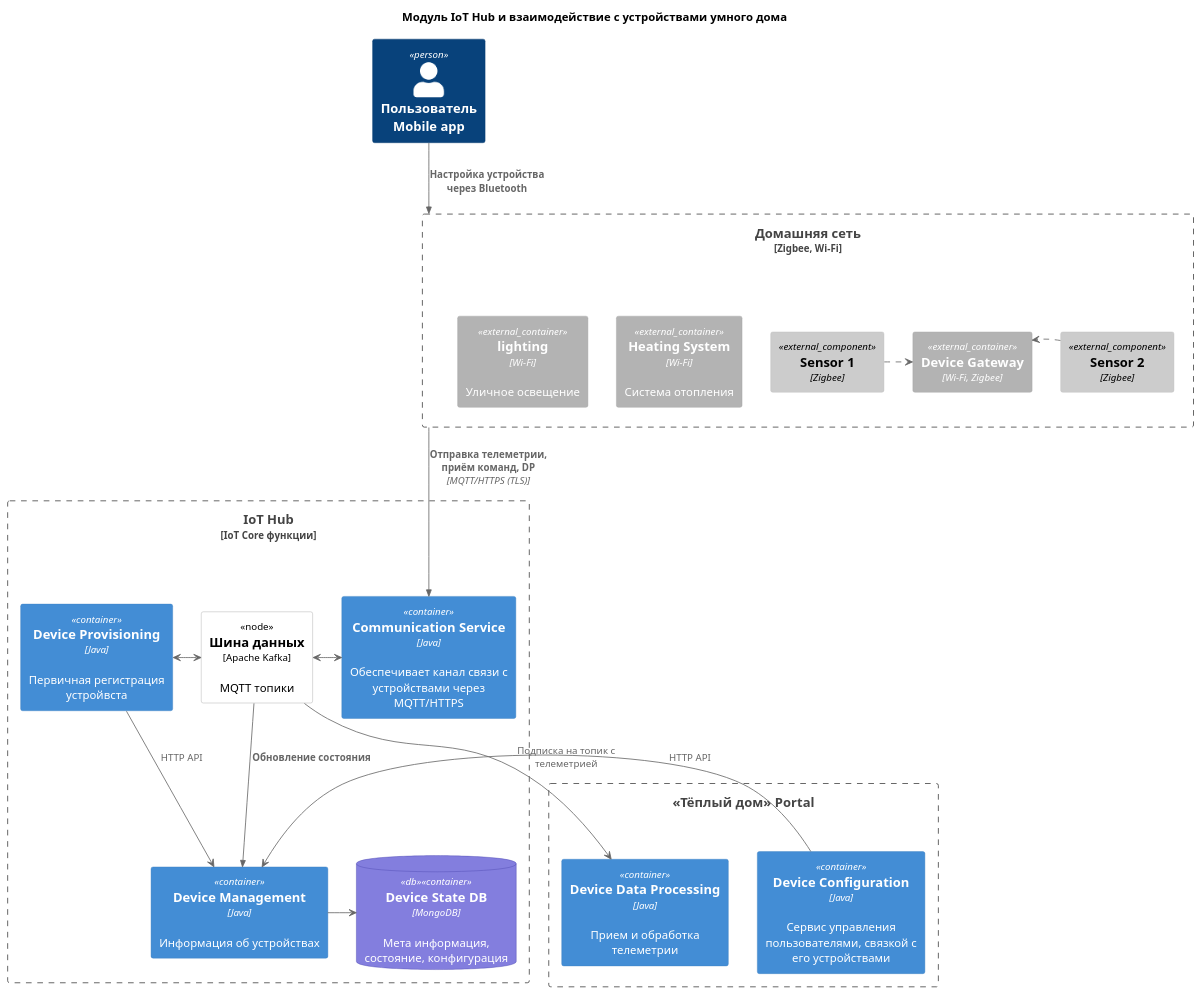
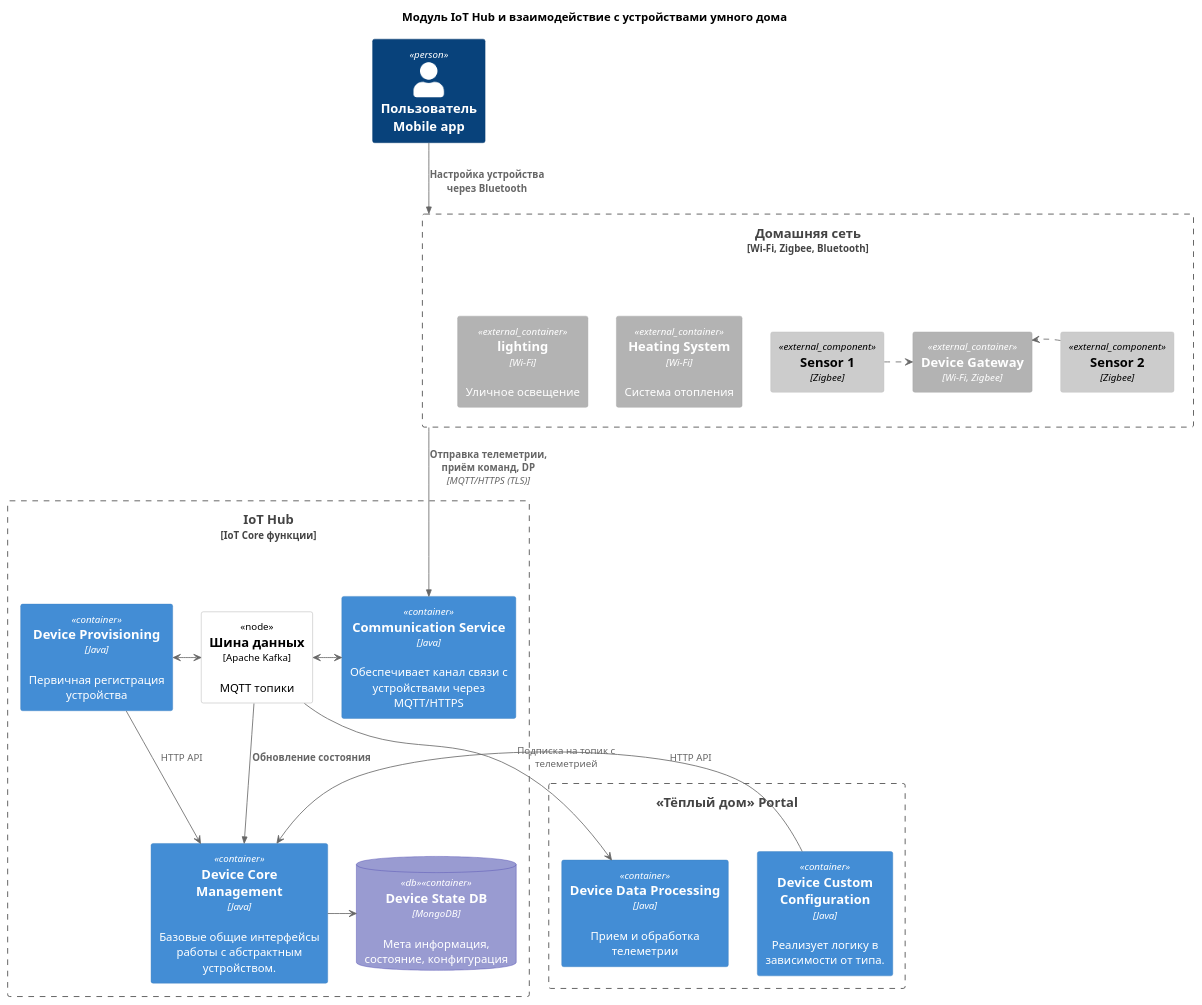
Before and after one commit to sapl/yandex-practicum-sprint-3: the diagram in tasks/task-1-2/iot-hub-container-diagram.puml, drawn with PlantUML. The commit also changed 7 other files, not shown here.

```diff
--- a/tasks/task-1-2/iot-hub-container-diagram.puml
+++ b/tasks/task-1-2/iot-hub-container-diagram.puml
@@ -1,66 +1,66 @@
 @startuml
 !include https://raw.githubusercontent.com/plantuml-stdlib/C4-PlantUML/master/C4_Context.puml
 !include https://raw.githubusercontent.com/plantuml-stdlib/C4-PlantUML/master/C4_Container.puml
 !include https://raw.githubusercontent.com/plantuml-stdlib/C4-PlantUML/master/C4_Component.puml
 !include https://raw.githubusercontent.com/plantuml-stdlib/C4-PlantUML/master/C4_Deployment.puml
 AddRelTag("dashed", $lineStyle = DashedLine())
-AddElementTag("db", $bgColor="#837ede", $borderColor="#4c46b0")
+AddElementTag("db", $bgColor="#999bd1", $borderColor="#4c46b0")
 
 
 LAYOUT_TOP_DOWN()
 
 title Модуль IoT Hub и взаимодействие с устройствами умного дома
 
 Person(user, "Пользователь\n Mobile app")
 
-Boundary(home, "Домашняя сеть", "Zigbee, Wi-Fi") {
+Boundary(home, "Домашняя сеть", "Wi-Fi, Zigbee, Bluetooth") {
         Component_Ext(sensor1, "Sensor 1", "Zigbee")
 
     Container_Ext(gateway, "Device Gateway", "Wi-Fi, Zigbee")
 
    Component_Ext(sensor2, "Sensor 2", "Zigbee")
    Lay_L(sensor2, gateway)
     Container_Ext(heatingSystem, "Heating System", "Wi-Fi", "Система отопления")
     Container_Ext(lighting, "lighting", "Wi-Fi", "Уличное освещение")
     sensor1 .> gateway
     sensor2 .> gateway
 }
 Rel(user, home, "Настройка устройства через Bluetooth")
 
 
 
 
     Boundary(iotHub, "IoT Hub", "IoT Core функции") {
 
   Deployment_Node(kafka, "Шина данных", "Apache Kafka", "MQTT топики")
-        Container(dps, "Device Provisioning", "Java", "Первичная регистрация устройвста")
-        Container(deviceManagementService, "Device Management", "Java", "Информация об устройствах")
-        Container(communicationService, "Communication Service", "Java", "Обеспечивает канал связи c устройствами через MQTT/HTTPS")
+        Container(dps, "Device Provisioning", "Java", "Первичная регистрация устройства")
+        Container(deviceManagementService, "Device Core Management", "Java", "Базовые общие интерфейсы работы с абстрактным устройством.")
+       Container(communicationService, "Communication Service", "Java", "Обеспечивает канал связи c устройствами через MQTT/HTTPS")
 
         ContainerDb(devicesDb, "Device State DB", "MongoDB", "Мета информация, состояние, конфигурация", $tags=db)
     }
 
     Boundary(portal, "«Тёплый дом» Portal") {
          Container(dataService, "Device Data Processing", "Java", "Прием и обработка телеметрии")
-         Container(configurationService, "Device Configuration", "Java", "Сервис управления пользователями, связкой c его устройствами")
-          Container(dataService, "Device Data Processing", "Java", "Прием и обработка телеметрии")
+         Container(configurationService, "Device Custom Configuration", "Java", "Реализует логику в зависимости от типа.")
+         Container(dataService, "Device Data Processing", "Java", "Прием и обработка телеметрии")
     }
 
 
 
 
 Rel(home, communicationService, "Отправка телеметрии, приём команд, DP", "MQTT/HTTPS (TLS)")
 
 deviceManagementService -> devicesDb
 dps <-> kafka
 dps -> deviceManagementService: HTTP API
 kafka <-> communicationService
 
 Rel_D(kafka,deviceManagementService, "Обновление состояния")
 
 
 kafka --> dataService : Подписка на топик с телеметрией
 configurationService -> deviceManagementService: HTTP API
 
 
 @enduml
```
